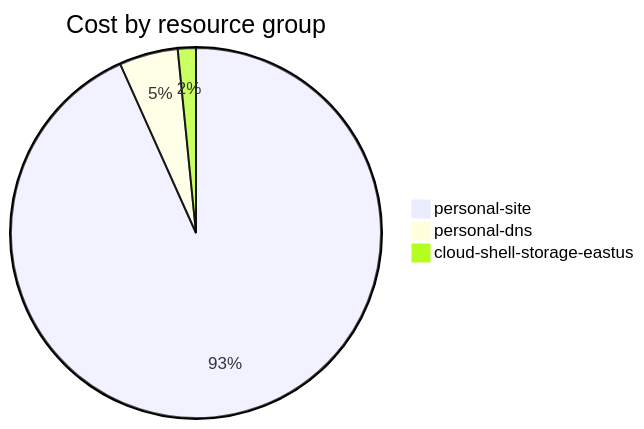
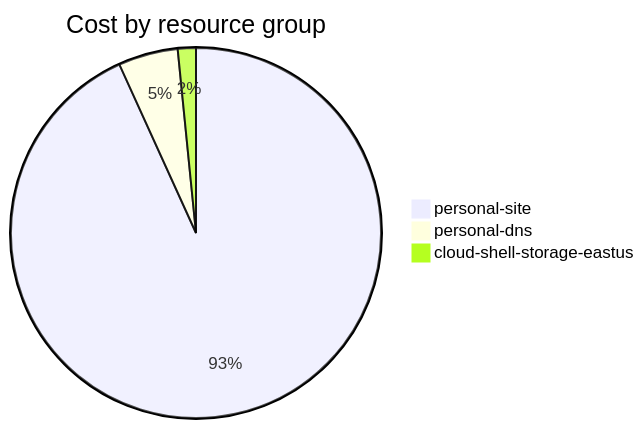
One commit to jpfulton/azure-personal-reports changed the fourth of 4 diagrams in cost-reports/accumulated-cost.md. Above: the diagram before and after it, drawn with Mermaid. The commit also changed other lines of this file and 4 other files, not shown here.

````diff
--- a/cost-reports/accumulated-cost.md
+++ b/cost-reports/accumulated-cost.md
@@ -141,7 +141,7 @@
 ```mermaid
 pie
    title Cost by resource group
-   "personal-site" : 9.45
-   "personal-dns" : 0.52
-   "cloud-shell-storage-eastus" : 0.16
+   "personal-site" : 10.02
+   "personal-dns" : 0.56
+   "cloud-shell-storage-eastus" : 0.17
 ```
````
